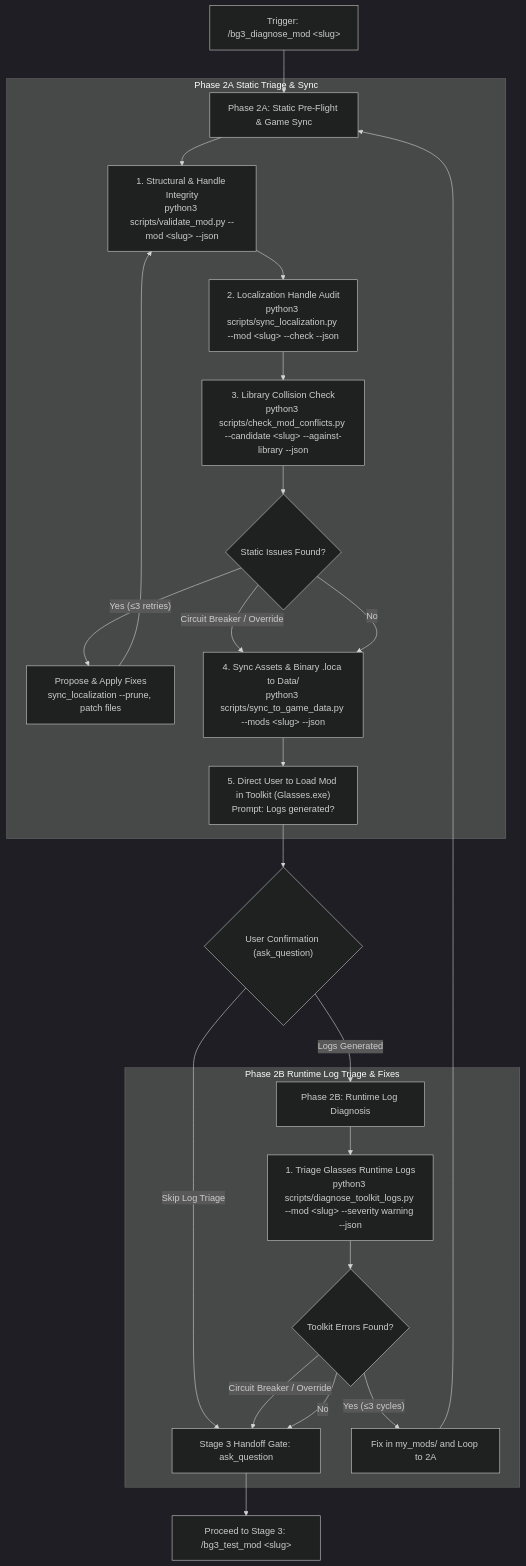
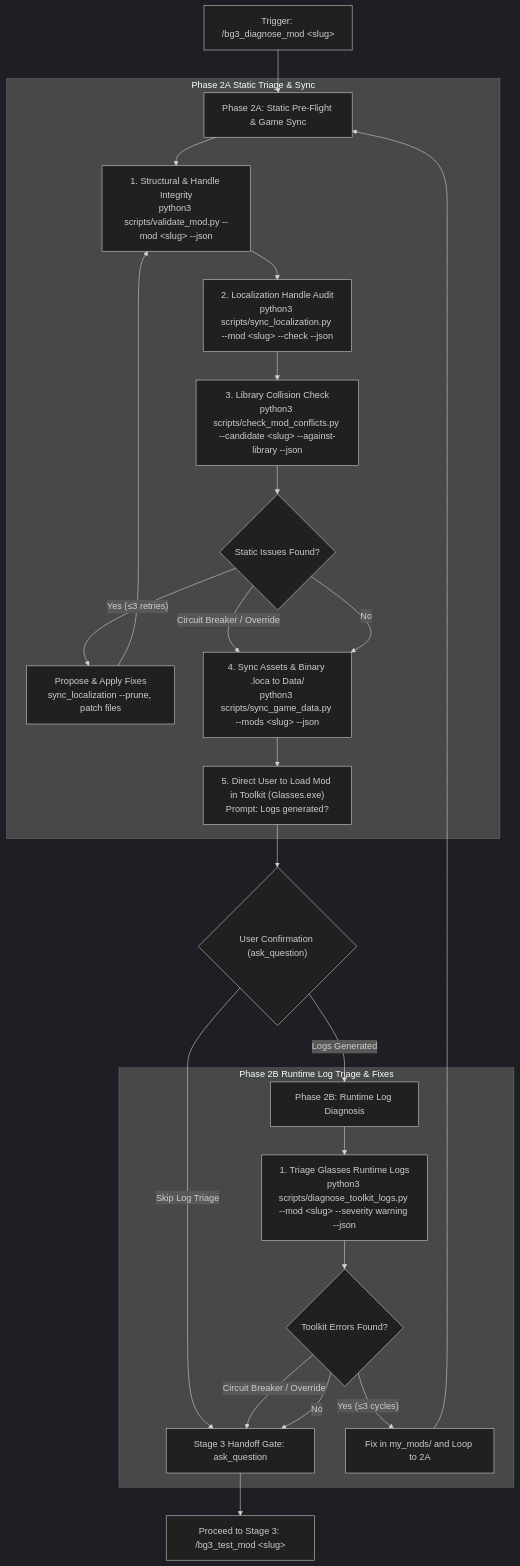
The diagram in .agents/skills/bg3_diagnose_mod/SKILL.md (jpelton-stroud/bg3-mod-studio), drawn with Mermaid (dark theme) before and after one commit. The commit also changed other lines of this file and 17 other files, not shown here.

First line of the commit message:
feat(scripts): support multi-deps in add_mod_dependency and update sync tooling (#29)

````diff
--- a/.agents/skills/bg3_diagnose_mod/SKILL.md
+++ b/.agents/skills/bg3_diagnose_mod/SKILL.md
@@ -29,38 +29,38 @@
 ```mermaid
 flowchart TD
     Trigger["Trigger: /bg3_diagnose_mod &lt;slug&gt;"] --> Phase2A["Phase 2A: Static Pre-Flight & Game Sync"]
     
     subgraph Phase 2A Static Triage & Sync
         Phase2A --> Val["1. Structural & Handle Integrity
 python3 scripts/validate_mod.py --mod &lt;slug&gt; --json"]
         Val --> Loc["2. Localization Handle Audit
 python3 scripts/sync_localization.py --mod &lt;slug&gt; --check --json"]
         Loc --> Conf["3. Library Collision Check
 python3 scripts/check_mod_conflicts.py --candidate &lt;slug&gt; --against-library --json"]
         Conf --> Fix2A{"Static Issues Found?"}
         Fix2A -- "Yes (≤3 retries)" --> Patch2A["Propose & Apply Fixes
 sync_localization --prune, patch files"]
         Patch2A --> Val
         Fix2A -- "Circuit Breaker / Override" --> Sync
         Fix2A -- "No" --> Sync["4. Sync Assets & Binary .loca to Data/
-python3 scripts/sync_to_game_data.py --mods &lt;slug&gt; --json"]
+python3 scripts/sync_game_data.py --mods &lt;slug&gt; --json"]
         Sync --> PromptUser["5. Direct User to Load Mod in Toolkit (Glasses.exe)
 Prompt: Logs generated?"]
     end
     
     PromptUser --> UserGate{"User Confirmation (ask_question)"}
     UserGate -- "Logs Generated" --> Phase2B["Phase 2B: Runtime Log Diagnosis"]
     UserGate -- "Skip Log Triage" --> Gate["Stage 3 Handoff Gate: ask_question"]
     
     subgraph Phase 2B Runtime Log Triage & Fixes
         Phase2B --> Logs["1. Triage Glasses Runtime Logs
 python3 scripts/diagnose_toolkit_logs.py --mod &lt;slug&gt; --severity warning --json"]
         Logs --> LogFix{"Toolkit Errors Found?"}
         LogFix -- "Yes (≤3 cycles)" --> Patch2B["Fix in my_mods/ and Loop to 2A"]
         LogFix -- "Circuit Breaker / Override" --> Gate
         LogFix -- "No" --> Gate
     end
     
     Patch2B --> Phase2A
     Gate --> TestMod["Proceed to Stage 3: /bg3_test_mod &lt;slug&gt;"]
 ```
````
